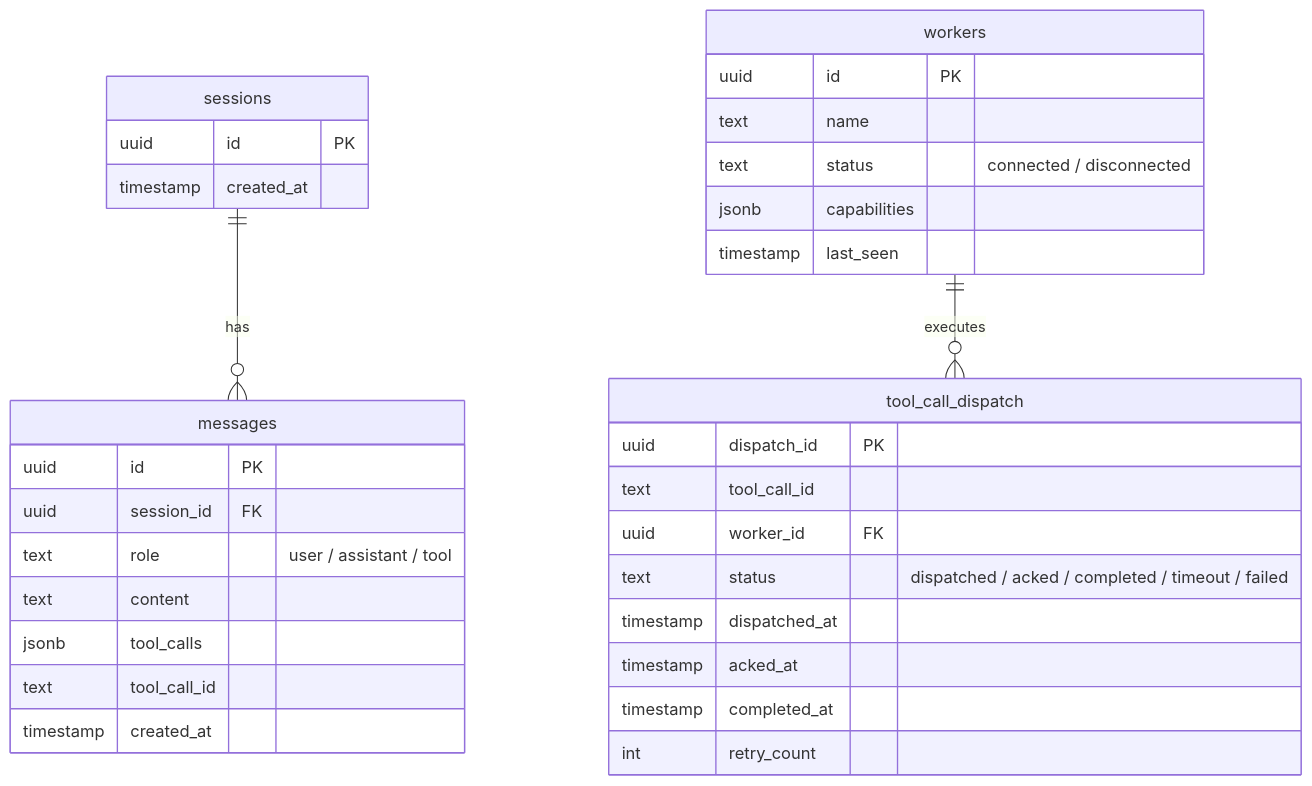
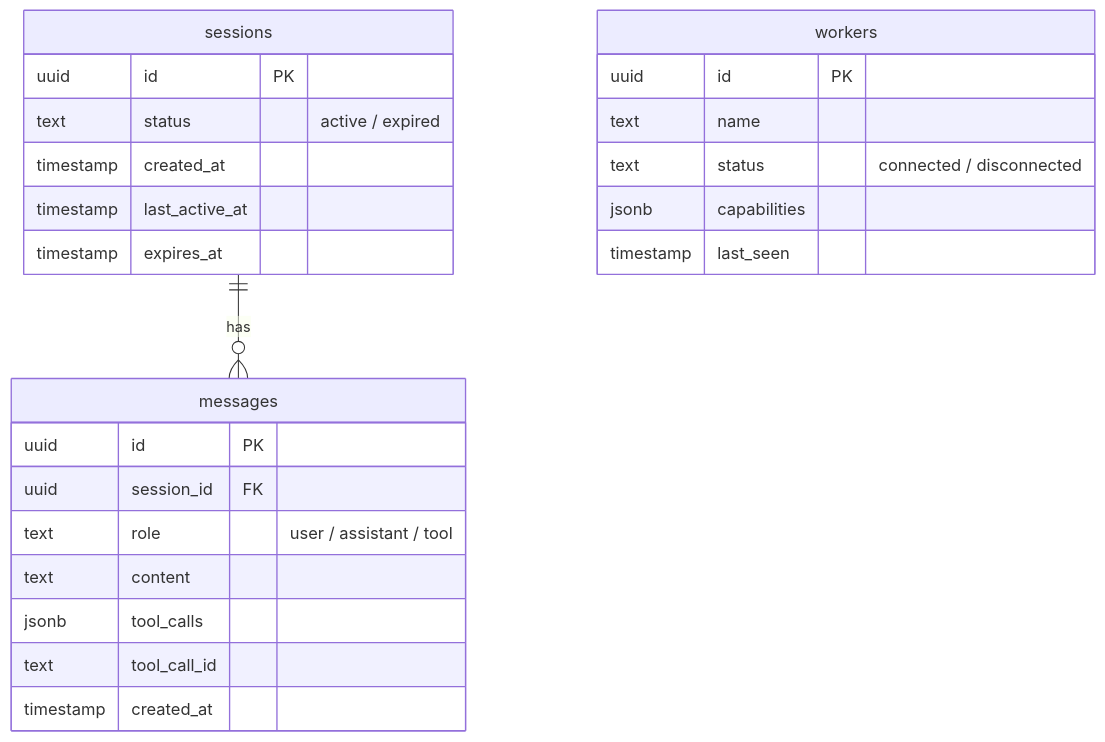
One commit to AntoinePr/onsite-cursor-d-v3 changed the fourth of 4 diagrams in PRESENTATION.md. Above: the diagram before and after it, drawn with Mermaid. The commit also changed other lines of this file and 6 other files, not shown here.

````diff
--- a/PRESENTATION.md
+++ b/PRESENTATION.md
@@ -110,39 +111,30 @@
 ```mermaid
 erDiagram
   sessions {
     uuid id PK
+    text status "active / expired"
     timestamp created_at
+    timestamp last_active_at
+    timestamp expires_at
   }
 
   messages {
     uuid id PK
     uuid session_id FK
     text role "user / assistant / tool"
     text content
     jsonb tool_calls
     text tool_call_id
     timestamp created_at
   }
 
   workers {
     uuid id PK
     text name
     text status "connected / disconnected"
     jsonb capabilities
     timestamp last_seen
   }
 
-  tool_call_dispatch {
-    uuid dispatch_id PK
-    text tool_call_id
-    uuid worker_id FK
-    text status "dispatched / acked / completed / timeout / failed"
-    timestamp dispatched_at
-    timestamp acked_at
-    timestamp completed_at
-    int retry_count
-  }
-
   sessions ||--o{ messages : "has"
-  workers ||--o{ tool_call_dispatch : "executes"
 ```
````
